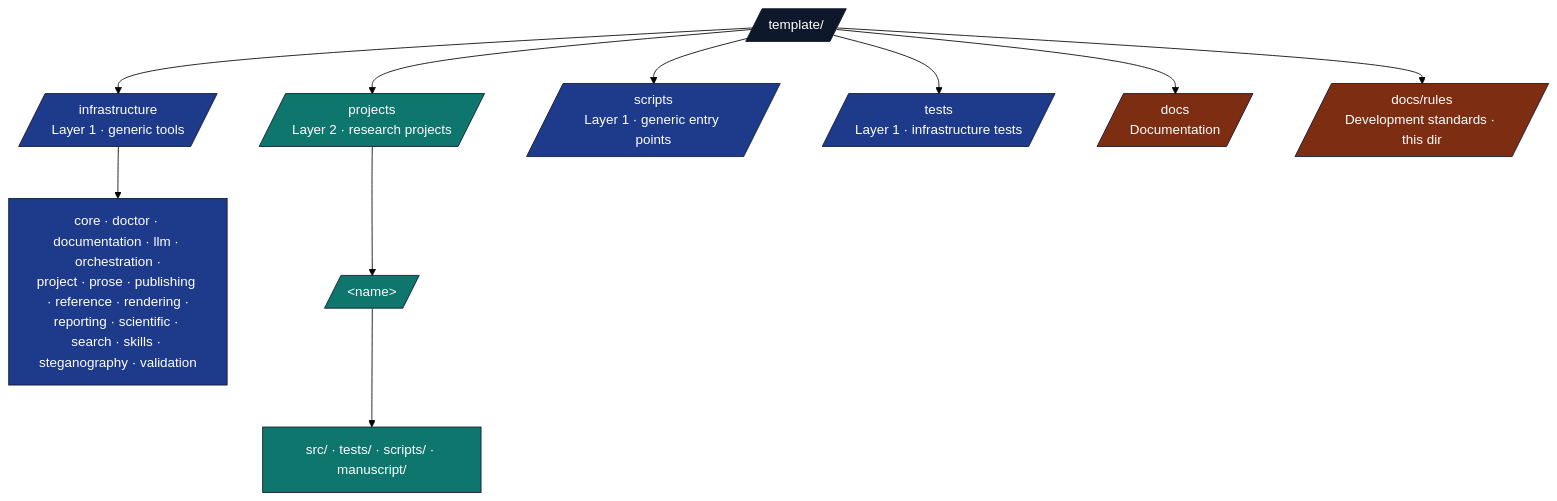
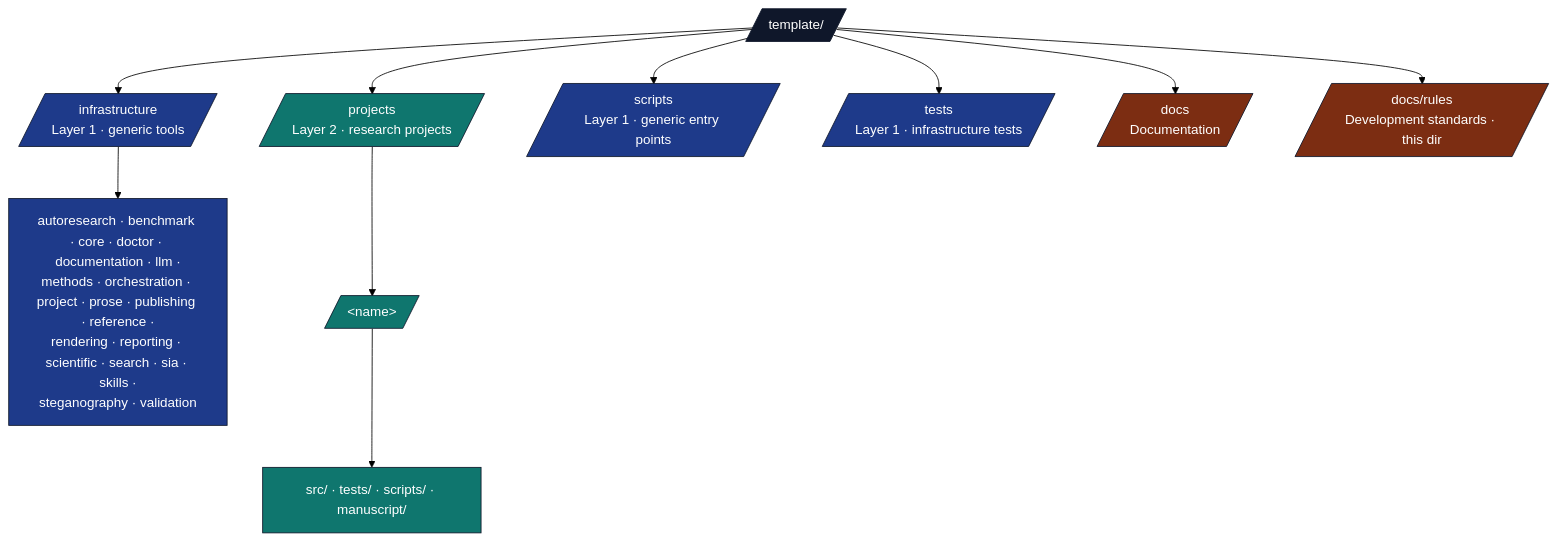
The third of 3 diagrams in docs/rules/AGENTS.md (docxology/template), drawn with Mermaid (forest theme) before and after one commit. The commit also changed other lines of this file and 35 other files, not shown here.

````diff
--- a/docs/rules/AGENTS.md
+++ b/docs/rules/AGENTS.md
@@ -397,24 +397,24 @@
 ```mermaid
 flowchart TB
     ROOT[/template//]
     ROOT --> INFRA[/infrastructure<br/>Layer 1 · generic tools/]
     ROOT --> PROJ[/projects<br/>Layer 2 · research projects/]
     ROOT --> SCR[/scripts<br/>Layer 1 · generic entry points/]
     ROOT --> T[/tests<br/>Layer 1 · infrastructure tests/]
     ROOT --> DOC[/docs<br/>Documentation/]
     ROOT --> RULES[/docs/rules<br/>Development standards · this dir/]
 
-    INFRA --> INFRA_SUB[core · doctor · documentation · llm · orchestration ·<br/>project · prose · publishing · reference · rendering ·<br/>reporting · scientific · search · skills · steganography · validation]
+    INFRA --> INFRA_SUB[autoresearch · benchmark · core · doctor · documentation · llm ·<br/>methods · orchestration · project · prose · publishing · reference ·<br/>rendering · reporting · scientific · search · sia · skills ·<br/>steganography · validation]
 
     PROJ --> P_NAME[/&lt;name&gt;/]
     P_NAME --> P_SUB[src/ · tests/ · scripts/ · manuscript/]
 
     classDef root fill:#0f172a,stroke:#0f172a,color:#fff
     classDef l1 fill:#1e3a8a,stroke:#0f172a,color:#fff
     classDef l2 fill:#0f766e,stroke:#0f172a,color:#fff
     classDef doc fill:#7c2d12,stroke:#0f172a,color:#fff
     class ROOT root
     class INFRA,SCR,T,INFRA_SUB l1
     class PROJ,P_NAME,P_SUB l2
     class DOC,RULES doc
 ```
````
